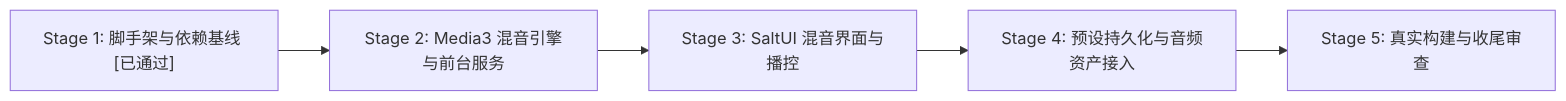
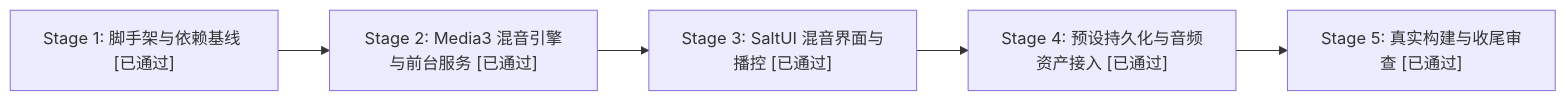
Before and after one commit to Kulahala/SaltAmbience: the diagram in AGENTS.md, drawn with Mermaid. The commit also changed other lines of this file, not shown here.

````diff
--- a/AGENTS.md
+++ b/AGENTS.md
@@ -110,7 +110,7 @@
 ```mermaid
 flowchart LR
-    S1["Stage 1: 脚手架与依赖基线 [已通过]"] --> S2["Stage 2: Media3 混音引擎与前台服务"]
-    S2 --> S3["Stage 3: SaltUI 混音界面与播控"]
-    S3 --> S4["Stage 4: 预设持久化与音频资产接入"]
-    S4 --> S5["Stage 5: 真实构建与收尾审查"]
+    S1["Stage 1: 脚手架与依赖基线 [已通过]"] --> S2["Stage 2: Media3 混音引擎与前台服务 [已通过]"]
+    S2 --> S3["Stage 3: SaltUI 混音界面与播控 [已通过]"]
+    S3 --> S4["Stage 4: 预设持久化与音频资产接入 [已通过]"]
+    S4 --> S5["Stage 5: 真实构建与收尾审查 [已通过]"]
 ```
````
